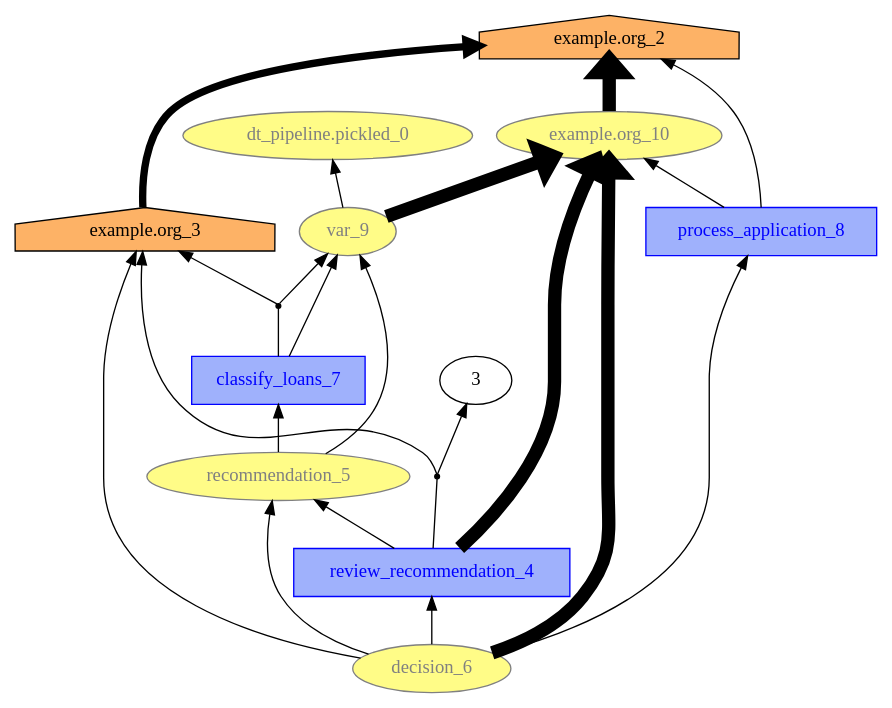
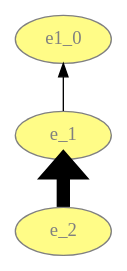
Before and after one commit to lucmoreau/ProvToolbox: the diagram in modules-summarisation/service-summary/tmp.dot, drawn with Graphviz. The commit also changed 14 other files, not shown here.

```diff
--- a/modules-summarisation/service-summary/tmp.dot
+++ b/modules-summarisation/service-summary/tmp.dot
@@ -1,169 +1,35 @@
 digraph "PROV" { size="16,12"; rankdir="BT";
-7 -> 9	[ color="#000000",
+2 -> 0	[ color="#000000",
 	  penwidth="10.0"]
 
-4 -> 6	[ color="#000000",
+0 -> 1	[ color="#000000",
 	  penwidth="1.0"]
 
-9 -> 1	[ color="#000000",
-	  penwidth="10.0"]
-
-7	[ side="4",
-	  fontcolor="#0000FF",
-	  style="filled",
-	  URL="T4",
-	  label="review_recommendation_4",
-	  color="#0000FF",
-	  fillcolor="#9FB1FC",
-	  tooltip="T4",
-	  shape="polygon",
-	  width="1.0"]
-9	[ fontcolor="#808080",
-	  style="filled",
-	  URL="T10",
-	  label="example.org_10",
-	  color="#808080",
-	  fillcolor="#FFFC87",
-	  tooltip="T10",
-	  shape="ellipse",
-	  width="1.0"]
-8 -> 7	[ color="#000000",
-	  penwidth="1.0"]
-
-0 -> 6	[ color="#000000",
-	  penwidth="1.0"]
-
-5	[ fontcolor="#808080",
+1	[ fontcolor="#808080",
 	  style="filled",
 	  URL="T0",
-	  label="dt_pipeline.pickled_0",
+	  label="e1_0",
 	  color="#808080",
 	  fillcolor="#FFFC87",
 	  tooltip="T0",
 	  shape="ellipse",
 	  width="1.0"]
-bn3 -> 3	[ color="#000000",
-	  penwidth="1.0"]
-
-8 -> 2	[ color="#000000",
-	  penwidth="1.0"]
-
-6 -> 5	[ color="#000000",
-	  penwidth="1.0"]
-
-2 -> 9	[ color="#000000",
-	  penwidth="1.0"]
-
-8	[ fontcolor="#808080",
+0	[ fontcolor="#808080",
 	  style="filled",
-	  URL="T6",
-	  label="decision_6",
+	  URL="T1",
+	  label="e_1",
 	  color="#808080",
 	  fillcolor="#FFFC87",
-	  tooltip="T6",
+	  tooltip="T1",
 	  shape="ellipse",
 	  width="1.0"]
-bn4 -> 10	[ color="#000000",
-	  penwidth="1.0"]
-
-8 -> 10	[ color="#000000",
-	  penwidth="1.0"]
-
-6	[ fontcolor="#808080",
+2	[ fontcolor="#808080",
 	  style="filled",
-	  URL="T9",
-	  label="var_9",
+	  URL="T2",
+	  label="e_2",
 	  color="#808080",
 	  fillcolor="#FFFC87",
-	  tooltip="T9",
+	  tooltip="T2",
 	  shape="ellipse",
 	  width="1.0"]
-0	[ side="4",
-	  fontcolor="#0000FF",
-	  style="filled",
-	  URL="T7",
-	  label="classify_loans_7",
-	  color="#0000FF",
-	  fillcolor="#9FB1FC",
-	  tooltip="T7",
-	  shape="polygon",
-	  width="1.0"]
-8 -> 9	[ color="#000000",
-	  penwidth="10.0"]
-
-7 -> bn3	[ arrowhead="none",
-	  color="#000000",
-	  penwidth="1.0"]
-
-4 -> 0	[ color="#000000",
-	  penwidth="1.0"]
-
-2 -> 1	[ color="#000000",
-	  penwidth="1.0"]
-
-6 -> 9	[ color="#000000",
-	  penwidth="10.0"]
-
-bn4	[ label="",
-	  shape="point",
-	  color="#000000"]
-4	[ fontcolor="#808080",
-	  style="filled",
-	  URL="T5",
-	  label="recommendation_5",
-	  color="#808080",
-	  fillcolor="#FFFC87",
-	  tooltip="T5",
-	  shape="ellipse",
-	  width="1.0"]
-10 -> 1	[ color="#000000",
-	  penwidth="5.5"]
-
-bn3 -> 10	[ color="#000000",
-	  penwidth="1.0"]
-
-bn4 -> 6	[ color="#000000",
-	  penwidth="1.0"]
-
-0 -> bn4	[ arrowhead="none",
-	  color="#000000",
-	  penwidth="1.0"]
-
-2	[ side="4",
-	  fontcolor="#0000FF",
-	  style="filled",
-	  URL="T8",
-	  label="process_application_8",
-	  color="#0000FF",
-	  fillcolor="#9FB1FC",
-	  tooltip="T8",
-	  shape="polygon",
-	  width="1.0"]
-8 -> 4	[ color="#000000",
-	  penwidth="1.0"]
-
-bn3	[ label="",
-	  shape="point",
-	  color="#000000"]
-1	[ fontcolor="#000000",
-	  style="filled",
-	  URL="T2",
-	  label="example.org_2",
-	  color="#000000",
-	  fillcolor="#FDB266",
-	  tooltip="T2",
-	  shape="house",
-	  width="1.0"]
-10	[ fontcolor="#000000",
-	  style="filled",
-	  URL="T3",
-	  label="example.org_3",
-	  color="#000000",
-	  fillcolor="#FDB266",
-	  tooltip="T3",
-	  shape="house",
-	  width="1.0"]
-7 -> 4	[ color="#000000",
-	  penwidth="1.0"]
-
 }
```
